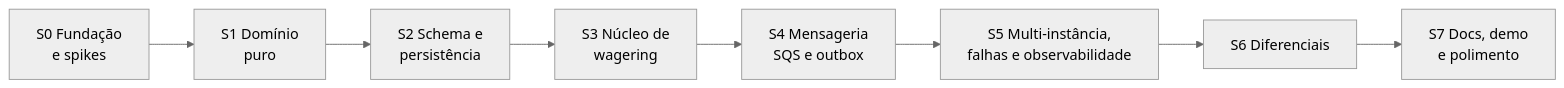
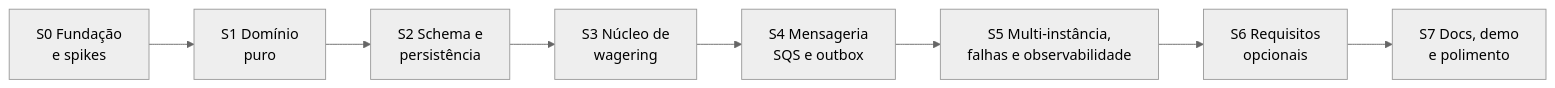
Before and after one commit to RodrigoTorreao/jungle-backend: the diagram in docs/BACKLOG.md, drawn with Mermaid (neutral theme). The commit also changed other lines of this file and 12 other files, not shown here.

````diff
--- a/docs/BACKLOG.md
+++ b/docs/BACKLOG.md
@@ -8,10 +8,10 @@
 ```mermaid
 flowchart LR
     S0["S0 Fundação<br/>e spikes"] --> S1["S1 Domínio<br/>puro"]
     S1 --> S2["S2 Schema e<br/>persistência"]
     S2 --> S3["S3 Núcleo de<br/>wagering"]
     S3 --> S4["S4 Mensageria<br/>SQS e outbox"]
     S4 --> S5["S5 Multi-instância,<br/>falhas e observabilidade"]
-    S5 --> S6["S6 Diferenciais"]
+    S5 --> S6["S6 Requisitos<br/>opcionais"]
     S6 --> S7["S7 Docs, demo<br/>e polimento"]
 ```
````
